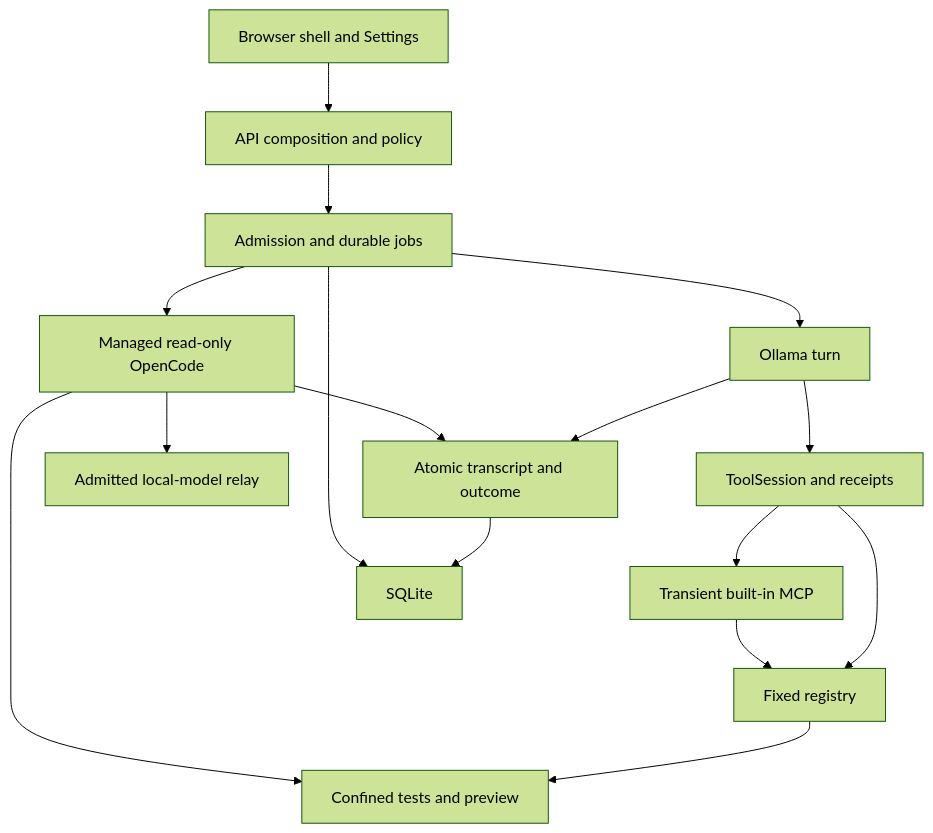
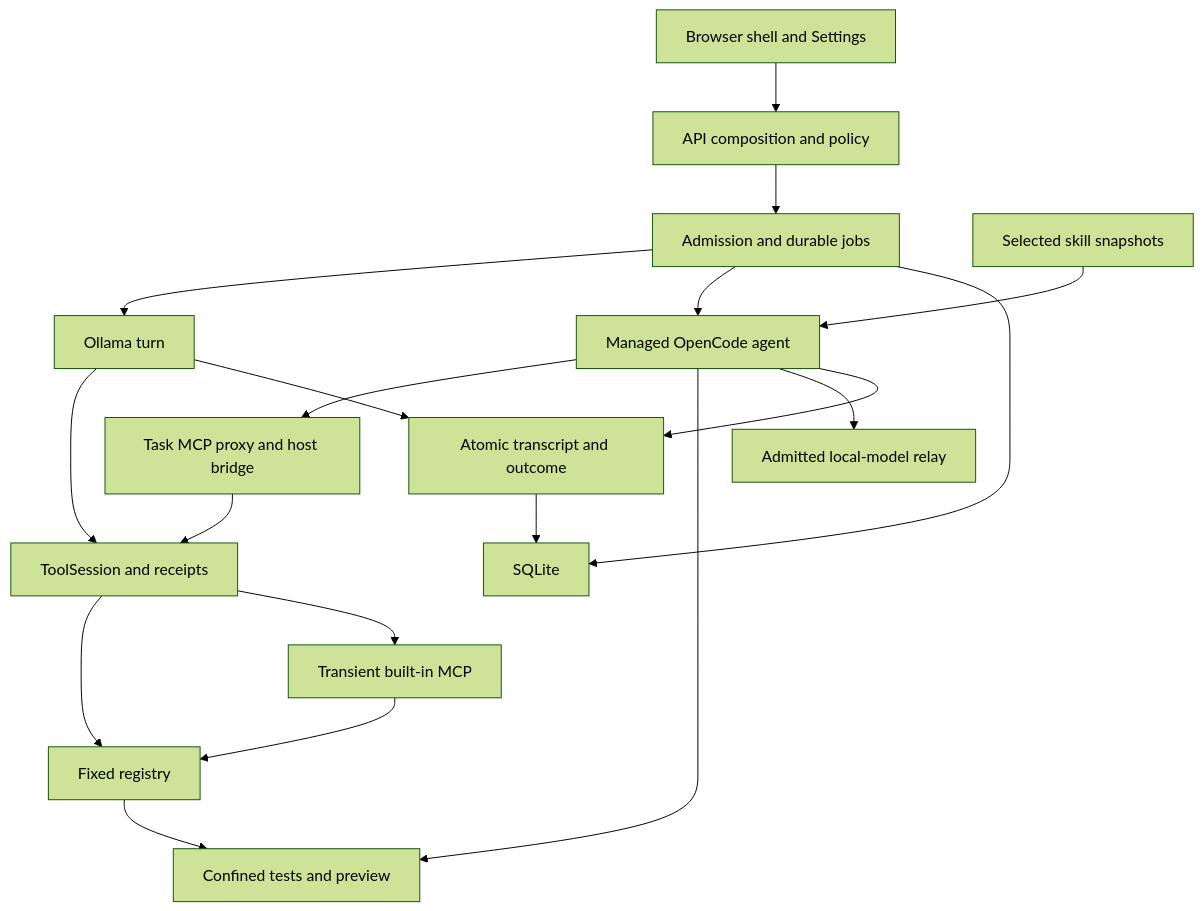
The first of 2 diagrams in docs/SYSTEM_RELATIONSHIPS.md (Dr-Dark92/SMELTER), drawn with Mermaid (forest theme) before and after one commit. The commit also changed other lines of this file and 7 other files, not shown here.

Commit message:
Verify GUI bridge forwarding and preserve exact skill hashes on Windows

````diff
--- a/docs/SYSTEM_RELATIONSHIPS.md
+++ b/docs/SYSTEM_RELATIONSHIPS.md
@@ -22,18 +22,21 @@
 ```mermaid
 flowchart TD
   UI["Browser shell and Settings"] --> API["API composition and policy"]
   API --> JOB["Admission and durable jobs"]
   JOB --> DIRECT["Ollama turn"]
-  JOB --> AGENT["Managed read-only OpenCode"]
+  JOB --> AGENT["Managed OpenCode agent"]
+  SKILLS["Selected skill snapshots"] --> AGENT
+  AGENT --> BRIDGE["Task MCP proxy and host bridge"]
+  BRIDGE --> TOOLS
   DIRECT --> TOOLS["ToolSession and receipts"]
   TOOLS --> REG["Fixed registry"]
   TOOLS --> MCP["Transient built-in MCP"]
   MCP --> REG
   REG --> BOX["Confined tests and preview"]
   AGENT --> BOX
   AGENT --> MODEL["Admitted local-model relay"]
   DIRECT --> FINAL["Atomic transcript and outcome"]
   AGENT --> FINAL
   FINAL --> SQL["SQLite"]
   JOB --> SQL
 ```
````
